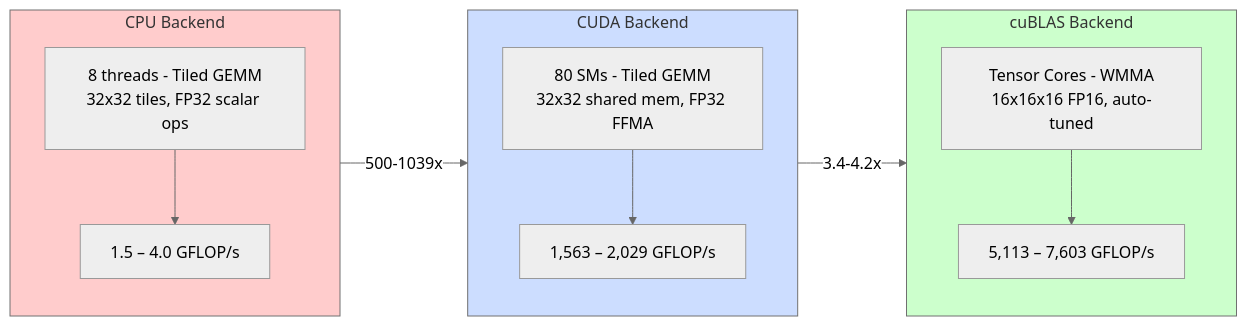
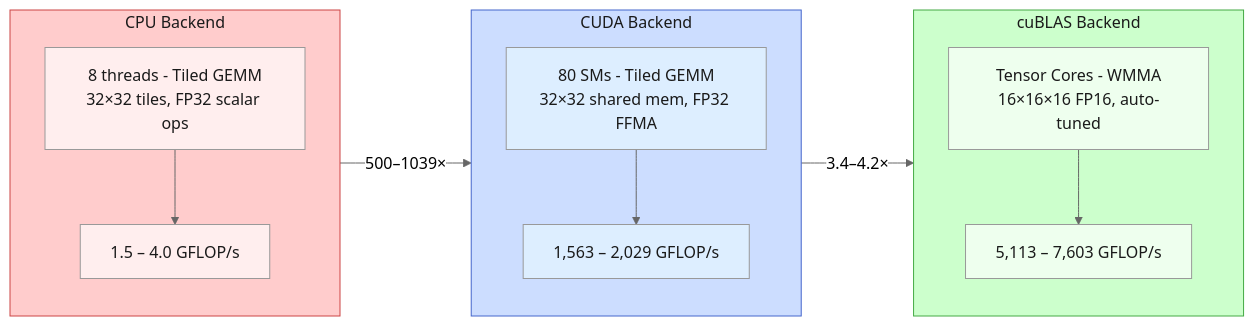
The fifth of 13 diagrams in src/content/projects/paragrad-engine.md (codevardhan/codevardhan.github.io), drawn with Mermaid (neutral theme) before and after one commit. The commit also changed other lines of this file and 4 other files, not shown here.

````diff
--- a/src/content/projects/paragrad-engine.md
+++ b/src/content/projects/paragrad-engine.md
@@ -202,26 +177,32 @@
 ```mermaid
 graph LR
     subgraph cpu["CPU Backend"]
-        style cpu fill:#ffcccc
-        C1["8 threads - Tiled GEMM<br/>32x32 tiles, FP32 scalar ops"]
+        style cpu fill:#ffcccc,stroke:#cc4444,color:#1a1a1a
+        C1["8 threads - Tiled GEMM<br/>32×32 tiles, FP32 scalar ops"]
         C2["1.5 – 4.0 GFLOP/s"]
         C1 --> C2
+        style C1 fill:#ffeeee,color:#1a1a1a
+        style C2 fill:#ffeeee,color:#1a1a1a
     end
 
     subgraph cuda["CUDA Backend"]
-        style cuda fill:#ccddff
-        D1["80 SMs - Tiled GEMM<br/>32x32 shared mem, FP32 FFMA"]
+        style cuda fill:#ccddff,stroke:#4466cc,color:#1a1a1a
+        D1["80 SMs - Tiled GEMM<br/>32×32 shared mem, FP32 FFMA"]
         D2["1,563 – 2,029 GFLOP/s"]
         D1 --> D2
+        style D1 fill:#ddeeff,color:#1a1a1a
+        style D2 fill:#ddeeff,color:#1a1a1a
     end
 
     subgraph cublas["cuBLAS Backend"]
-        style cublas fill:#ccffcc
-        E1["Tensor Cores - WMMA<br/>16x16x16 FP16, auto-tuned"]
+        style cublas fill:#ccffcc,stroke:#44aa44,color:#1a1a1a
+        E1["Tensor Cores - WMMA<br/>16×16×16 FP16, auto-tuned"]
         E2["5,113 – 7,603 GFLOP/s"]
         E1 --> E2
+        style E1 fill:#eeffee,color:#1a1a1a
+        style E2 fill:#eeffee,color:#1a1a1a
     end
 
-    cpu -- "500-1039x" --> cuda
-    cuda -- "3.4-4.2x" --> cublas
+    cpu -- "500–1039×" --> cuda
+    cuda -- "3.4–4.2×" --> cublas
 ```
````
